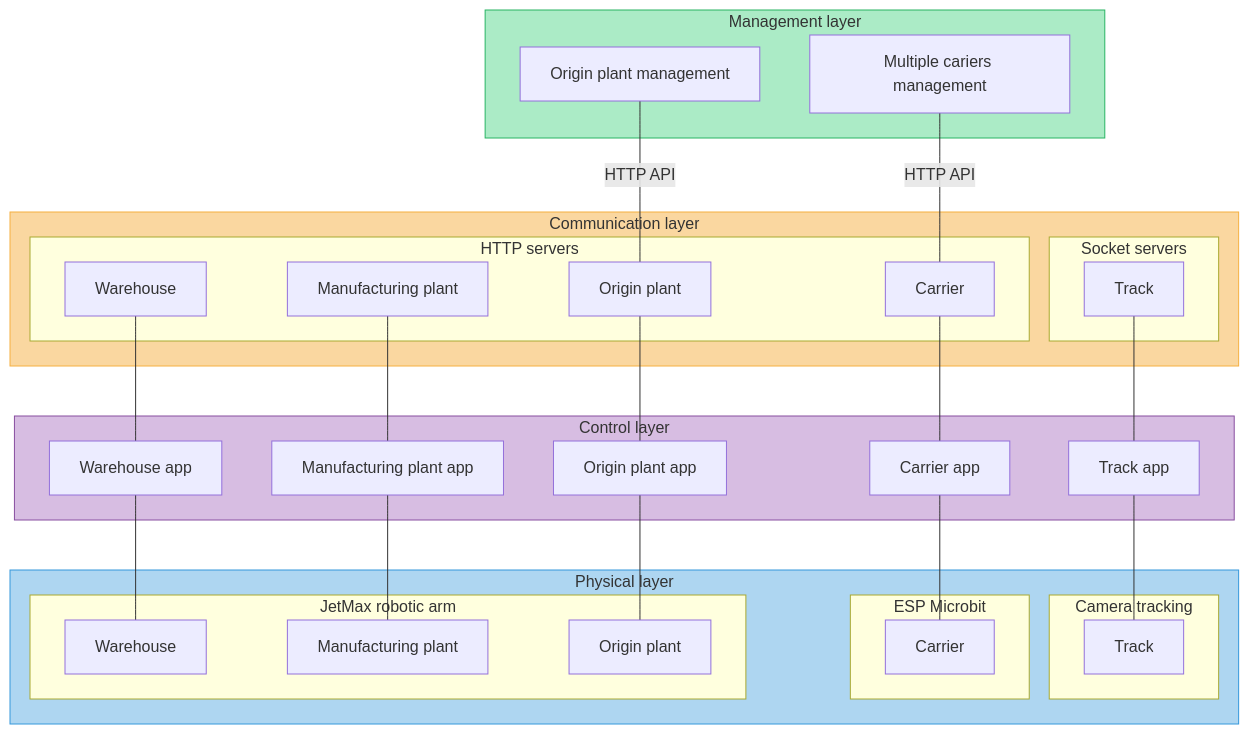
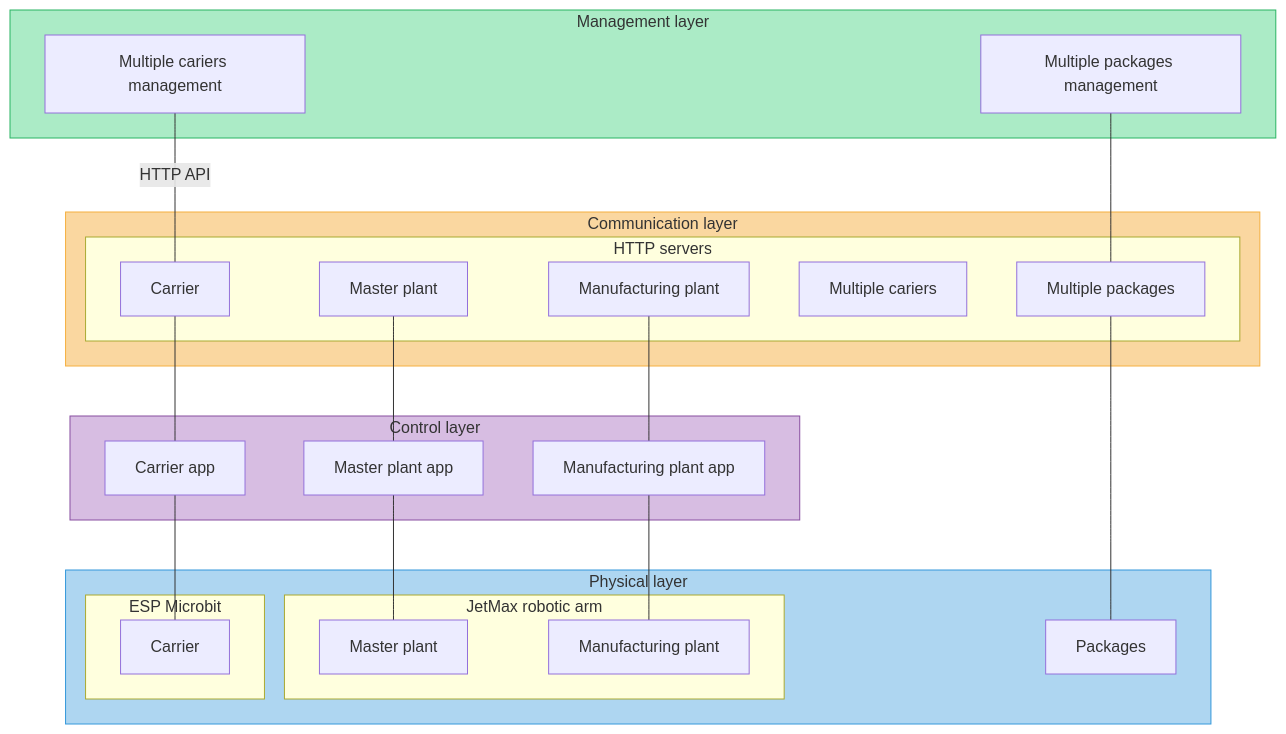
One commit to fsprojekti/shr-mfg-platform changed the diagram in README.md. Above: the diagram before and after it, drawn with Mermaid. The commit also changed other lines of this file, not shown here.

Commit message:
Update README.md
Definitin of apps and servers

````diff
--- a/README.md
+++ b/README.md
@@ -12,65 +12,60 @@
 ```mermaid
 graph TD
 
 subgraph ML[Management layer]
-    MO[Origin plant management]
     MC[Multiple cariers management ]
+    MPP[Multiple packages management]
 end
 subgraph CL[Communication layer]
     subgraph CL1[HTTP servers]
     CC[Carrier]
-    CO[Origin plant]
-    CW[Warehouse]
+    CO[Master plant]
     CM[Manufacturing plant]
+
+    MCM[Multiple cariers]
+    CPP[Multiple packages]
+
+
     end
-    subgraph CL2[Socket servers]
-    CT[Track]
-    end
+    
 end
 subgraph AL[Control layer]
-    AO[Origin plant app]
+    AO[Master plant app]
     AC[Carrier app]
-    AW[Warehouse app]
     AM[Manufacturing plant app]
-    AT[Track app]
+   
 end
 subgraph PL[Physical layer]
-    subgraph PL3 [Camera tracking]
-        T[Track]
-    end
     subgraph PL1[ESP Microbit]
     C[Carrier]
     end
    
     subgraph PL2[JetMax robotic arm]
-        W[Warehouse]
         M[Manufacturing plant]
-        O[Origin plant]
+        O[Master plant]
     end
+    P[Packages]
 end
-AT---T
+
 AO---O
 AC---C
-AW---W
 AM---M
 
 CO---AO
 CC---AC
-CW---AW
 CM---AM
-CT---AT
 
 
+MPP---CPP---P
 
 MC---|HTTP API|CC
-MO---|HTTP API|CO
 
 
 
 style CL fill:#FAD7A0, stroke:#F5B041
 style PL fill:#AED6F1, stroke:#3498DB
 style ML fill:#ABEBC6, stroke:#28B463
 style AL fill:#D7BDE2, stroke:#884EA0
 
 
 ```
````
